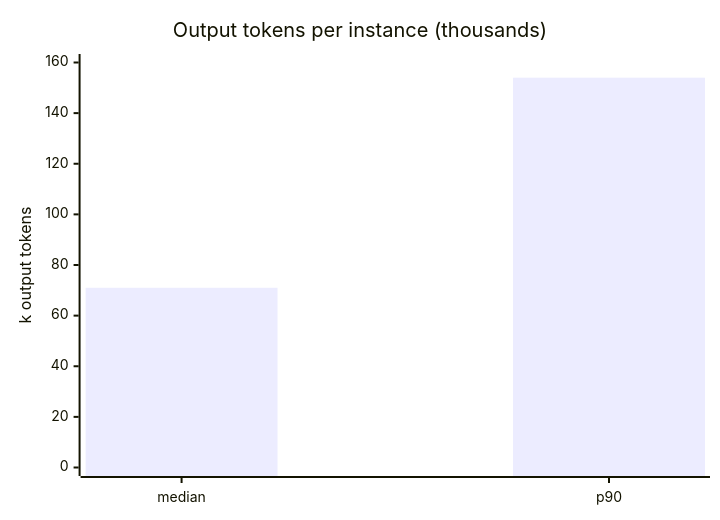
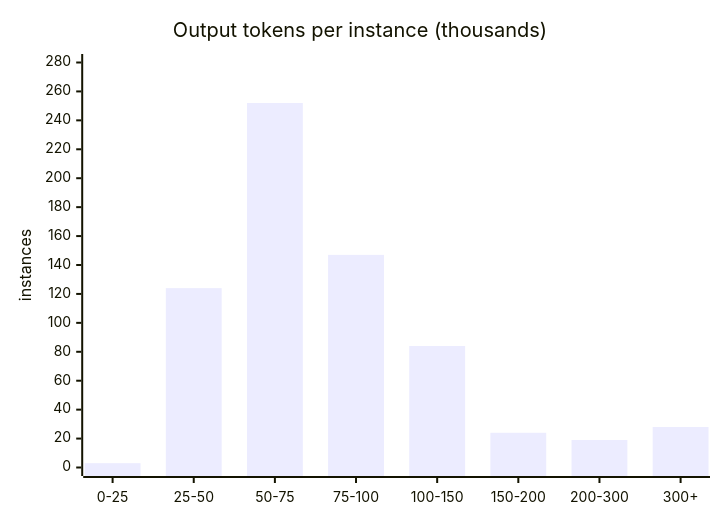
One commit to kimjune01/swebench-pro changed the fourth of 5 diagrams in SCOREBOARD.md. Above: the diagram before and after it, drawn with Mermaid. The commit also changed other lines of this file, not shown here.

First line of the commit message:
SCOREBOARD: add histograms (turns, output-tokens, patch-size) + harness-not-leaderboard framing

````diff
--- a/SCOREBOARD.md
+++ b/SCOREBOARD.md
@@ -64,7 +103,7 @@
 ```mermaid
 xychart-beta
     title "Output tokens per instance (thousands)"
-    x-axis [median, p90]
-    y-axis "k output tokens" 0 --> 160
-    bar [71, 154]
+    x-axis ["0-25", "25-50", "50-75", "75-100", "100-150", "150-200", "200-300", "300+"]
+    y-axis "instances" 0 --> 280
+    bar [3, 124, 252, 147, 84, 24, 19, 28]
 ```
````
